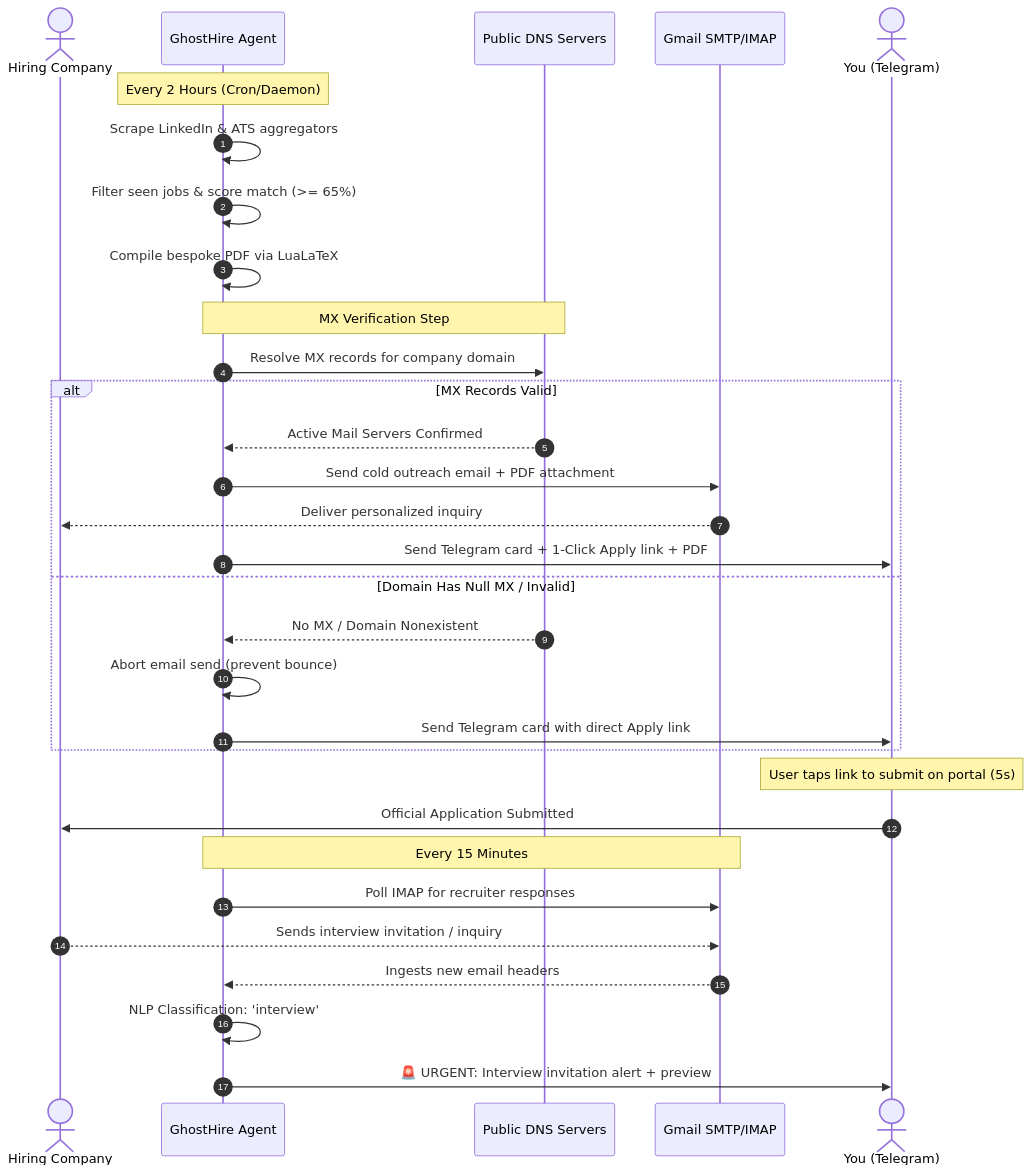
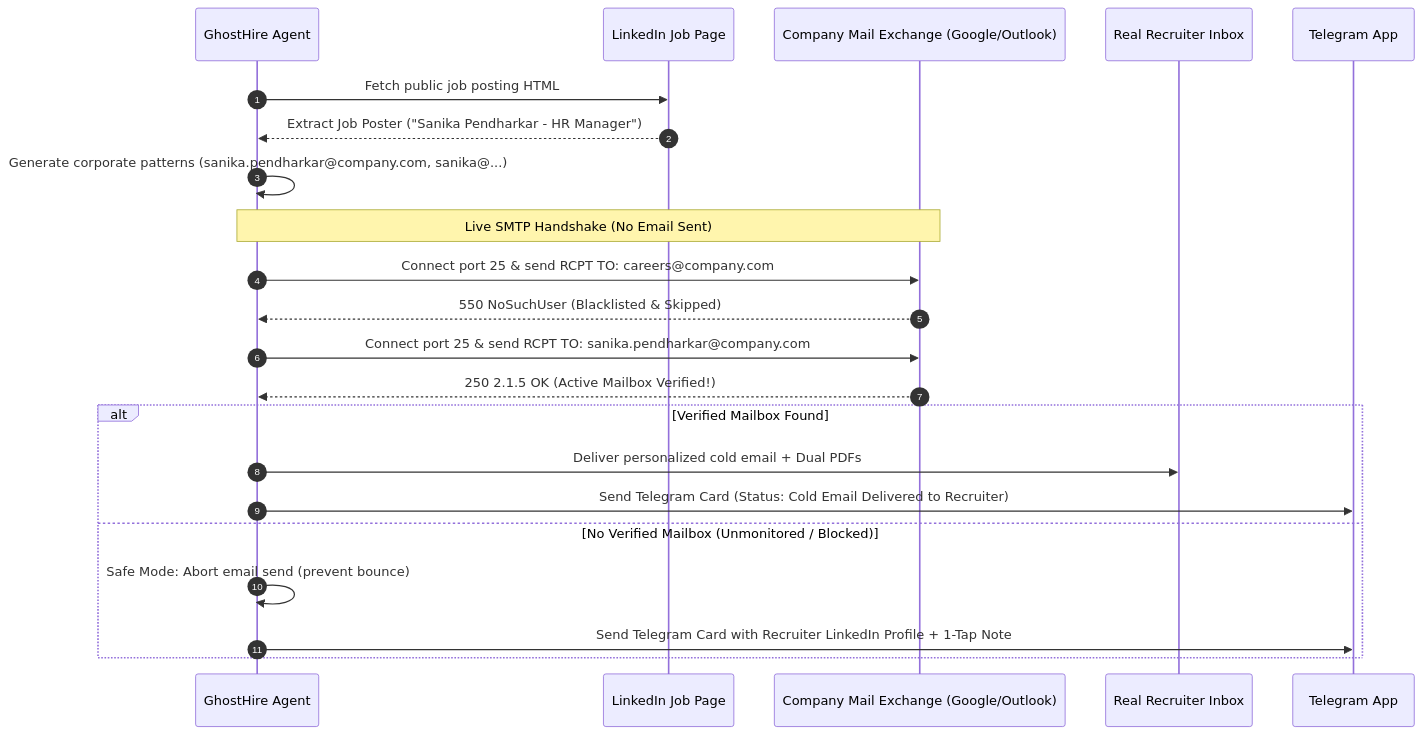
Before and after one commit to mahanshstarktech/GhostHire: the second of 2 diagrams in README.md, drawn with Mermaid. The commit also changed other lines of this file and 9 other files, not shown here.

Commit message:
feat: Reactive Resume schema integration, paired Cover Letter PDF generator, and 100/100 ATS validator

````diff
--- a/README.md
+++ b/README.md
@@ -132,37 +153,28 @@
 ```mermaid
 sequenceDiagram
     autonumber
-    actor Recruiter as Hiring Company
-    participant GH as GhostHire Agent
-    participant DNS as Public DNS Servers
-    participant Mail as Gmail SMTP/IMAP
-    actor User as You (Telegram)
+    participant Bot as GhostHire Agent
+    participant LI as LinkedIn Job Page
+    participant MX as Company Mail Exchange (Google/Outlook)
+    participant Recruiter as Real Recruiter Inbox
+    participant TG as Telegram App
 
-    Note over GH: Every 2 Hours (Cron/Daemon)
-    GH->>GH: Scrape LinkedIn & ATS aggregators
-    GH->>GH: Filter seen jobs & score match (>= 65%)
-    GH->>GH: Compile bespoke PDF via LuaLaTeX
+    Bot->>LI: Fetch public job posting HTML
+    LI-->>Bot: Extract Job Poster ("Sanika Pendharkar - HR Manager")
+    Bot->>Bot: Generate corporate patterns (sanika.pendharkar@company.com, sanika@...)
     
-    Note over GH,DNS: MX Verification Step
-    GH->>DNS: Resolve MX records for company domain
-    alt MX Records Valid
-        DNS-->>GH: Active Mail Servers Confirmed
-        GH->>Mail: Send cold outreach email + PDF attachment
-        Mail-->>Recruiter: Deliver personalized inquiry
-        GH->>User: Send Telegram card + 1-Click Apply link + PDF
-    else Domain Has Null MX / Invalid
-        DNS-->>GH: No MX / Domain Nonexistent
-        GH->>GH: Abort email send (prevent bounce)
-        GH->>User: Send Telegram card with direct Apply link
+    Note over Bot,MX: Live SMTP Handshake (No Email Sent)
+    Bot->>MX: Connect port 25 & send RCPT TO: careers@company.com
+    MX-->>Bot: 550 NoSuchUser (Blacklisted & Skipped)
+    
+    Bot->>MX: Connect port 25 & send RCPT TO: sanika.pendharkar@company.com
+    MX-->>Bot: 250 2.1.5 OK (Active Mailbox Verified!)
+    
+    alt Verified Mailbox Found
+        Bot->>Recruiter: Deliver personalized cold email + Dual PDFs
+        Bot->>TG: Send Telegram Card (Status: Cold Email Delivered to Recruiter)
+    else No Verified Mailbox (Unmonitored / Blocked)
+        Bot->>Bot: Safe Mode: Abort email send (prevent bounce)
+        Bot->>TG: Send Telegram Card with Recruiter LinkedIn Profile + 1-Tap Note
     end
-
-    Note over User: User taps link to submit on portal (5s)
-    User->>Recruiter: Official Application Submitted
-
-    Note over GH,Mail: Every 15 Minutes
-    GH->>Mail: Poll IMAP for recruiter responses
-    Recruiter-->>Mail: Sends interview invitation / inquiry
-    Mail-->>GH: Ingests new email headers
-    GH->>GH: NLP Classification: 'interview'
-    GH->>User: 🚨 URGENT: Interview invitation alert + preview
 ```
````
